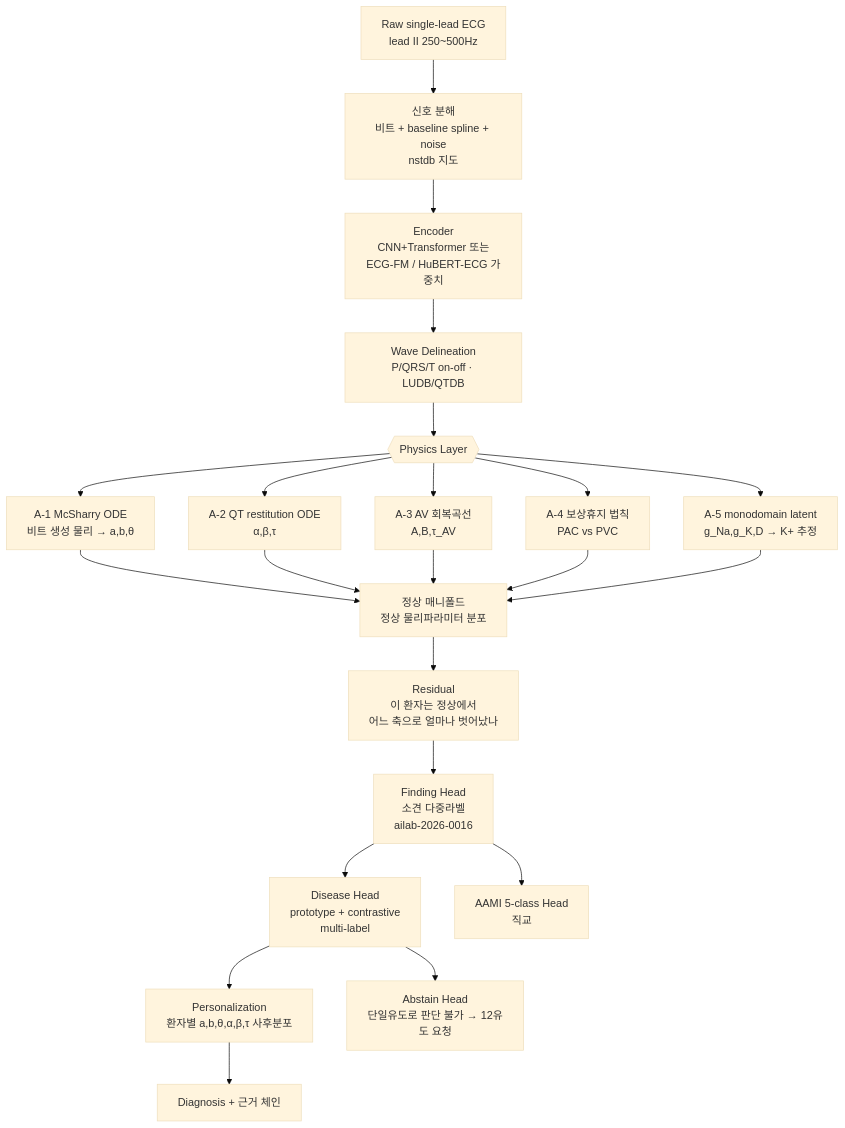
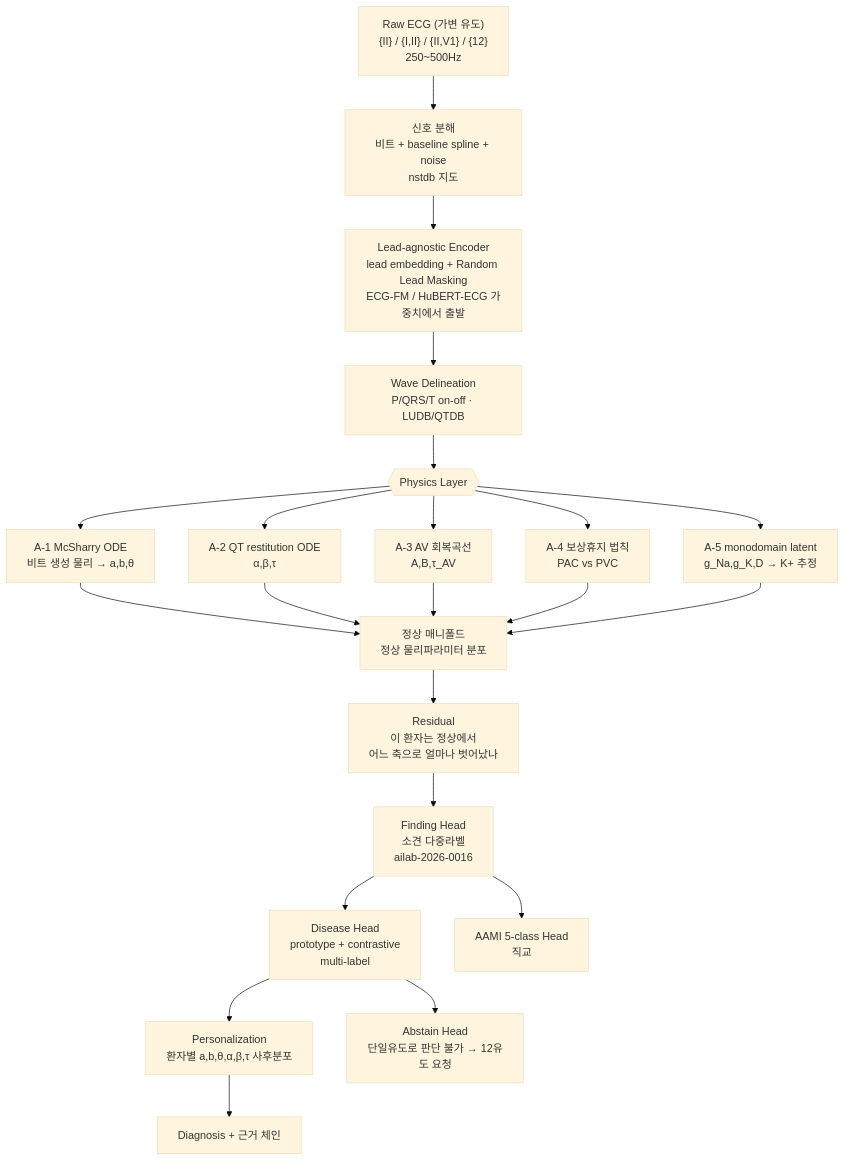
The diagram in content/ailab/quests/ailab-2026-0015.md (ehdbddl06001-ui/my-github-test), drawn with Mermaid (base theme) before and after one commit. The commit also changed other lines of this file and 3 other files, not shown here.

First line of the commit message:
feat(ailab): 유도 구성 전략 추가 — lead-agnostic 설계 + 유도 ablation 축 분리

````diff
--- a/content/ailab/quests/ailab-2026-0015.md
+++ b/content/ailab/quests/ailab-2026-0015.md
@@ -274,20 +274,20 @@
 ```mermaid
 flowchart TD
-  A[Raw single-lead ECG<br/>lead II 250~500Hz] --> B[신호 분해<br/>비트 + baseline spline + noise<br/>nstdb 지도]
-  B --> C[Encoder<br/>CNN+Transformer 또는<br/>ECG-FM / HuBERT-ECG 가중치]
+  A["Raw ECG (가변 유도)<br/>{II} / {I,II} / {II,V1} / {12}<br/>250~500Hz"] --> B[신호 분해<br/>비트 + baseline spline + noise<br/>nstdb 지도]
+  B --> C["Lead-agnostic Encoder<br/>lead embedding + Random Lead Masking<br/>ECG-FM / HuBERT-ECG 가중치에서 출발"]
   C --> D[Wave Delineation<br/>P/QRS/T on-off · LUDB/QTDB]
   D --> E{{Physics Layer}}
   E --> E1[A-1 McSharry ODE<br/>비트 생성 물리 → a,b,θ]
   E --> E2[A-2 QT restitution ODE<br/>α,β,τ]
   E --> E3[A-3 AV 회복곡선<br/>A,B,τ_AV]
   E --> E4[A-4 보상휴지 법칙<br/>PAC vs PVC]
   E --> E5[A-5 monodomain latent<br/>g_Na,g_K,D → K+ 추정]
   E1 & E2 & E3 & E4 & E5 --> F[정상 매니폴드<br/>정상 물리파라미터 분포]
   F --> G[Residual<br/>이 환자는 정상에서<br/>어느 축으로 얼마나 벗어났나]
   G --> H[Finding Head<br/>소견 다중라벨<br/>ailab-2026-0016]
   H --> I[Disease Head<br/>prototype + contrastive<br/>multi-label]
   H --> J[AAMI 5-class Head<br/>직교]
   I --> K[Personalization<br/>환자별 a,b,θ,α,β,τ 사후분포]
   K --> L[Diagnosis + 근거 체인]
   I --> M[Abstain Head<br/>단일유도로 판단 불가 → 12유도 요청]
 ```
````
